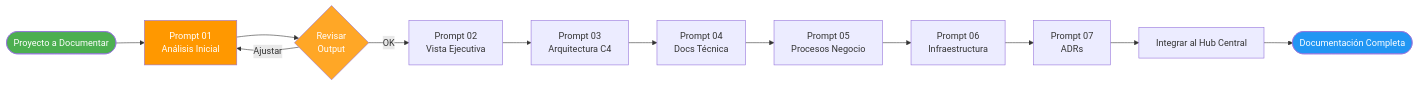
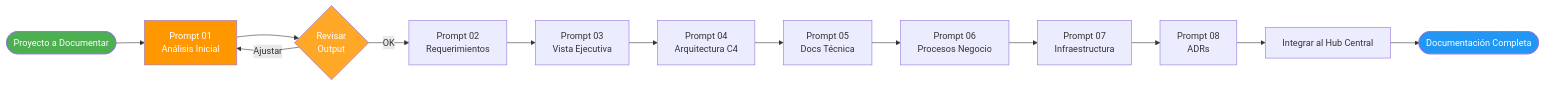
One commit to santosdevco/all_as_code changed the fourth of 4 diagrams in docs/guia-documentacion/05-prompts.md. Above: the diagram before and after it, drawn with Mermaid. The commit also changed other lines of this file and 11 other files, not shown here.

````diff
--- a/docs/guia-documentacion/05-prompts.md
+++ b/docs/guia-documentacion/05-prompts.md
@@ -94,21 +193,22 @@
 ```mermaid
 flowchart LR
-    Start([Proyecto a Documentar]) --> P01[Prompt 01<br/>Análisis Inicial]
+    Start(["Proyecto a Documentar"]) --> P01["Prompt 01<br/>Análisis Inicial"]
     P01 --> Review1{Revisar<br/>Output}
-    Review1 -->|OK| P02[Prompt 02<br/>Vista Ejecutiva]
+    Review1 -->|OK| P02["Prompt 02<br/>Requerimientos"]
     Review1 -->|Ajustar| P01
     
-    P02 --> P03[Prompt 03<br/>Arquitectura C4]
-    P03 --> P04[Prompt 04<br/>Docs Técnica]
-    P04 --> P05[Prompt 05<br/>Procesos Negocio]
-    P05 --> P06[Prompt 06<br/>Infraestructura]
-    P06 --> P07[Prompt 07<br/>ADRs]
+    P02 --> P03["Prompt 03<br/>Vista Ejecutiva"]
+    P03 --> P04["Prompt 04<br/>Arquitectura C4"]
+    P04 --> P05["Prompt 05<br/>Docs Técnica"]
+    P05 --> P06["Prompt 06<br/>Procesos Negocio"]
+    P06 --> P07["Prompt 07<br/>Infraestructura"]
+    P07 --> P08["Prompt 08<br/>ADRs"]
     
-    P07 --> Integrate[Integrar al Hub Central]
-    Integrate --> End([Documentación Completa])
+    P08 --> Integrate["Integrar al Hub Central"]
+    Integrate --> End(["Documentación Completa"])
     
     style Start fill:#4caf50,color:#fff
     style End fill:#2196f3,color:#fff
     style P01 fill:#ff9800,color:#fff
     style Review1 fill:#ffa726,color:#fff
 ```
````
